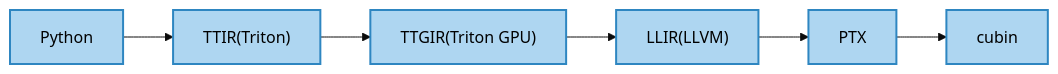
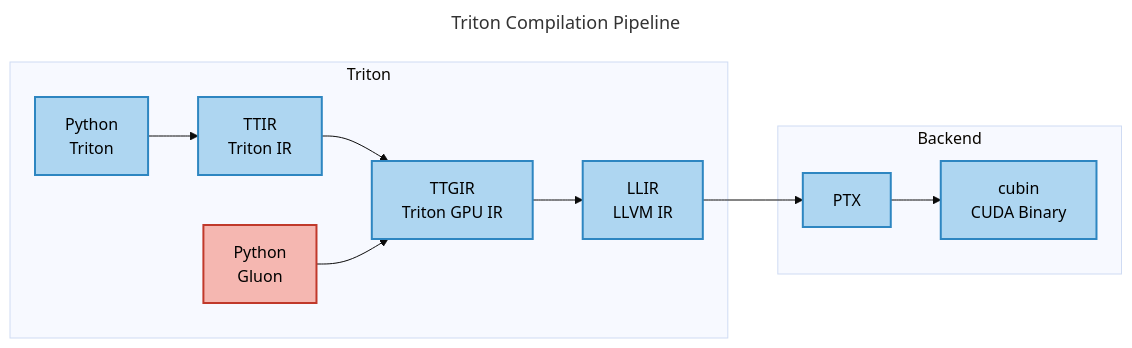
The diagram in README.md (toyaix/triton-runner), drawn with Mermaid (base theme) before and after one commit. The commit also changed other lines of this file and 1 other file, not shown here.

Commit message:
Release v0.2.2 (#33)

````diff
--- a/README.md
+++ b/README.md
@@ -52,12 +53,22 @@
 ```mermaid
+---
+title: Triton Compilation Pipeline
+---
 flowchart LR
 
-    A["Python"]:::supported --> B["TTIR(Triton)"]:::supported
-    B --> C["TTGIR(Triton GPU)"]:::supported
-    C --> D["LLIR(LLVM)"]:::supported
-    D --> E["PTX"]:::supported
-    E --> F["cubin"]:::supported
+    subgraph Triton
+        A["Python<br>Triton"]:::supported --> B["TTIR<br>Triton IR"]:::supported
+        B --> C["TTGIR<br>Triton GPU IR"]:::supported
+        C --> D["LLIR<br>LLVM IR"]:::supported
+
+        Gluon["Python<br>Gluon"]:::unsupported --> C
+    end
+
+    subgraph Backend
+        D --> E["PTX"]:::supported
+        E --> F["cubin<br>CUDA Binary"]:::supported
+    end
 
     classDef supported fill:#AED6F1,stroke:#2E86C1,stroke-width:2px,color:#000000;
-
+    classDef unsupported fill:#F5B7B1,stroke:#C0392B,stroke-width:2px,color:#000000;
 ```
````
